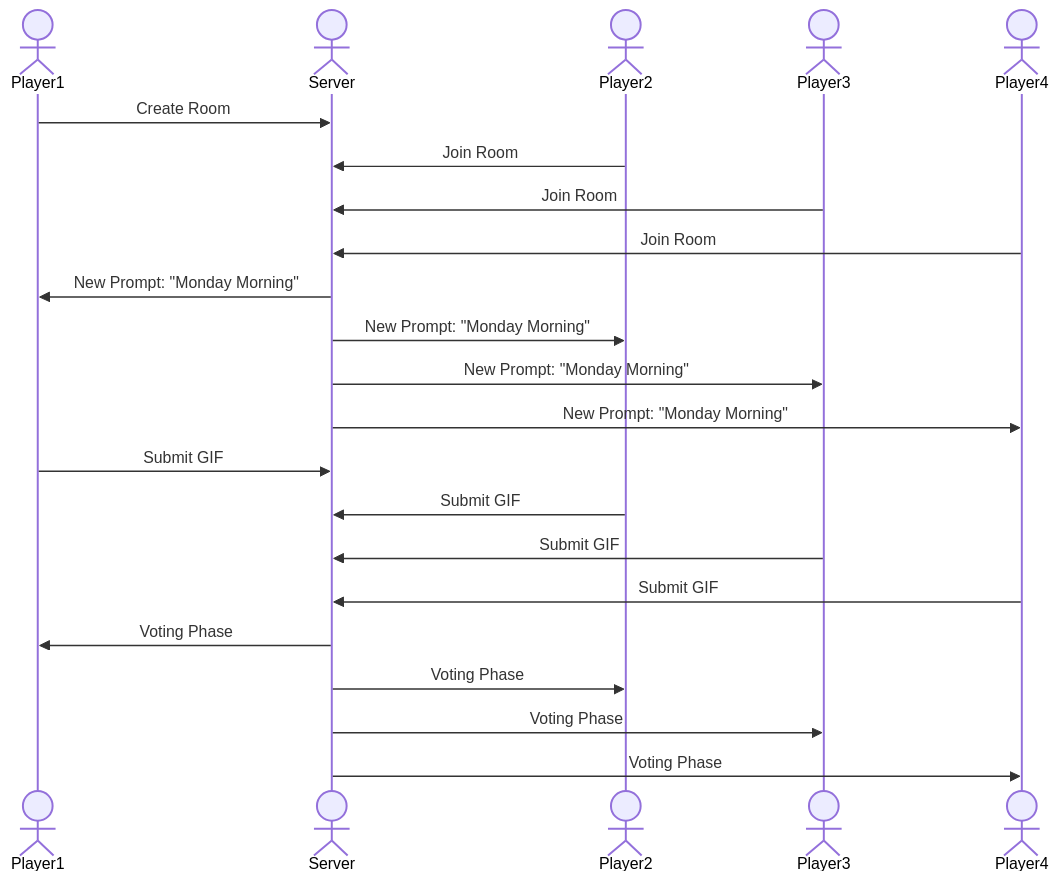
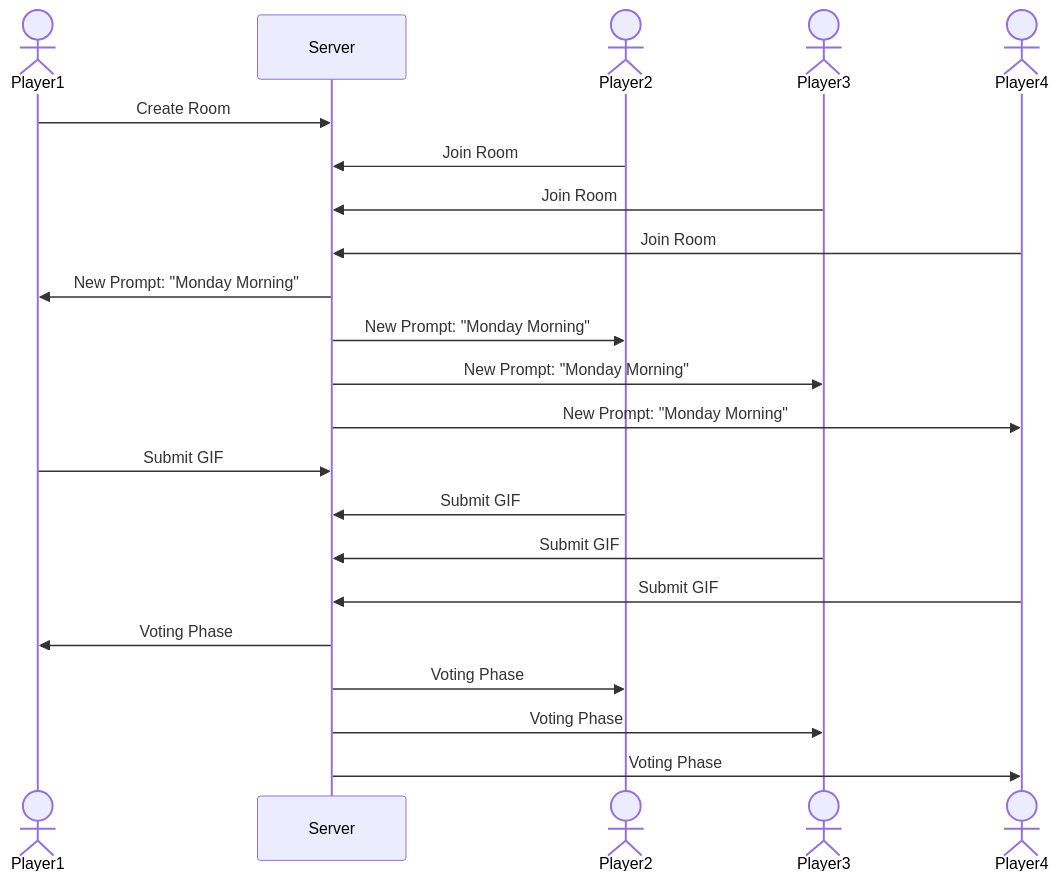
Before and after one commit to mwhepworth1/startup: the diagram in README.md, drawn with Mermaid.

Commit message:
Updated mermaid diagram

````diff
--- a/README.md
+++ b/README.md
@@ -37,25 +37,25 @@
 ```mermaid
 sequenceDiagram
     actor Player1
-    actor Server
+    participant Server
     actor Player2
     actor Player3
     actor Player4
     Player1->>Server: Create Room
     Player2->>Server: Join Room
     Player3->>Server: Join Room
     Player4->>Server: Join Room
     Server->>Player1: New Prompt: "Monday Morning"
     Server->>Player2: New Prompt: "Monday Morning"
     Server->>Player3: New Prompt: "Monday Morning"
     Server->>Player4: New Prompt: "Monday Morning"
     Player1->>Server: Submit GIF
     Player2->>Server: Submit GIF
     Player3->>Server: Submit GIF
     Player4->>Server: Submit GIF
     Server->>Player1: Voting Phase
     Server->>Player2: Voting Phase
     Server->>Player3: Voting Phase
     Server->>Player4: Voting Phase
 
 ```
````
